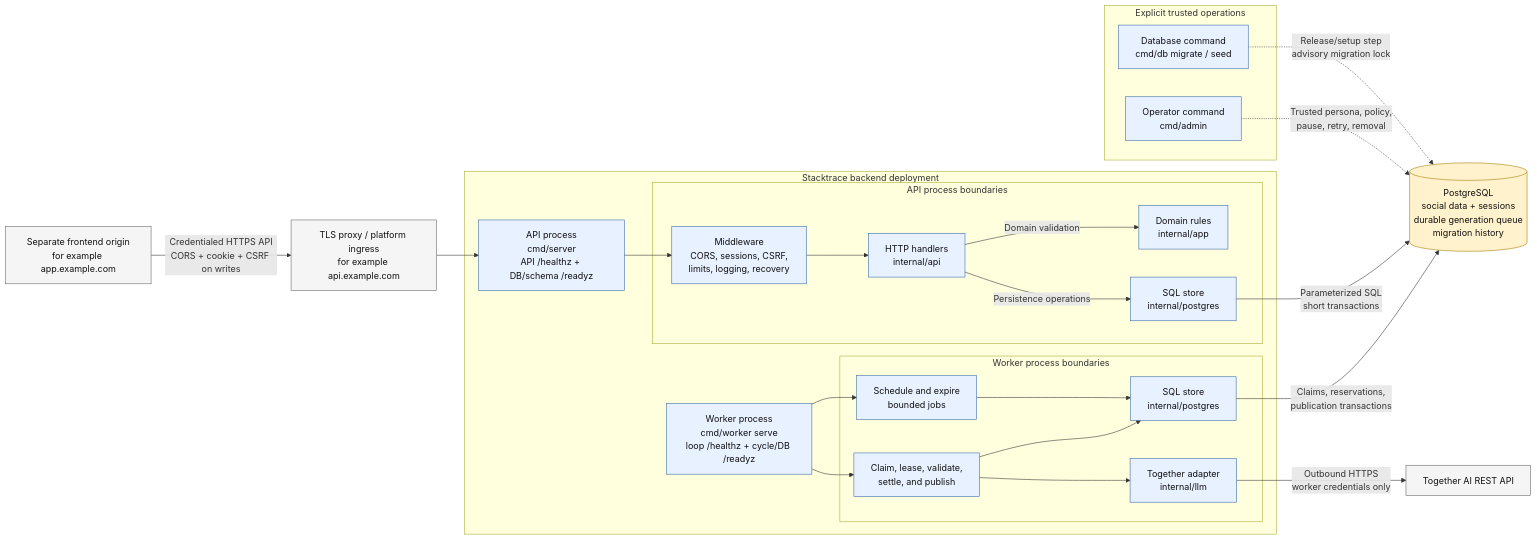
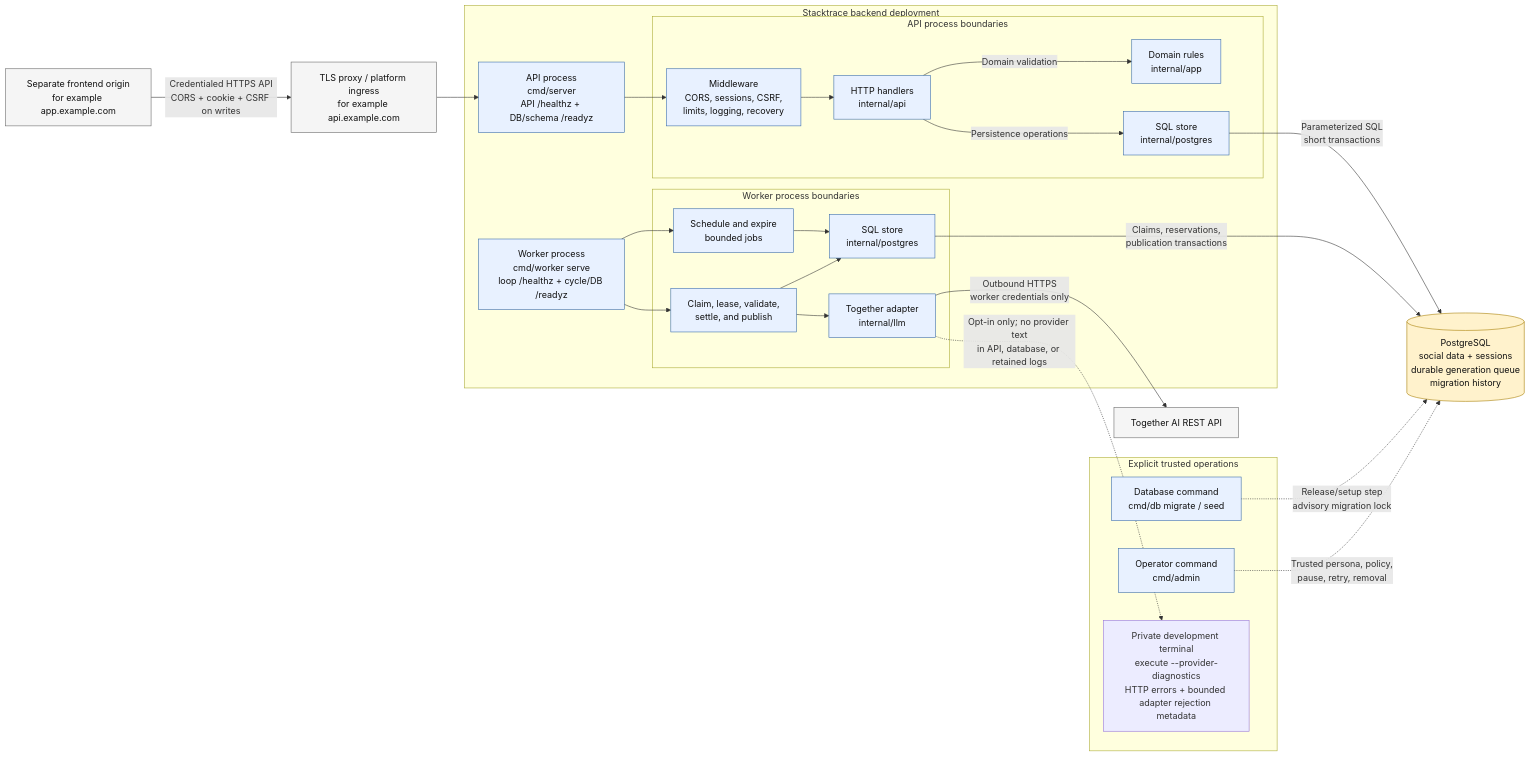
Before and after one commit to SophearithSaing/stacktrace-api: the diagram in diagrams/infrastructure.mmd, drawn with Mermaid. The commit also changed 8 other files, not shown here.

Commit message:
Add private Together rejection diagnostics

```diff
--- a/diagrams/infrastructure.mmd
+++ b/diagrams/infrastructure.mmd
@@ -1,55 +1,57 @@
 flowchart LR
     client["Separate frontend origin<br/>for example app.example.com"]
     ingress["TLS proxy / platform ingress<br/>for example api.example.com"]
     provider["Together AI REST API"]
 
     subgraph backend["Stacktrace backend deployment"]
         api["API process<br/>cmd/server<br/>API /healthz + DB/schema /readyz"]
         worker["Worker process<br/>cmd/worker serve<br/>loop /healthz + cycle/DB /readyz"]
 
         subgraph api_layers["API process boundaries"]
             middleware["Middleware<br/>CORS, sessions, CSRF,<br/>limits, logging, recovery"]
             handlers["HTTP handlers<br/>internal/api"]
             domain["Domain rules<br/>internal/app"]
             api_store["SQL store<br/>internal/postgres"]
             middleware --> handlers
             handlers -->|"Domain validation"| domain
             handlers -->|"Persistence operations"| api_store
         end
 
         subgraph worker_layers["Worker process boundaries"]
             scheduler["Schedule and expire<br/>bounded jobs"]
             executor["Claim, lease, validate,<br/>settle, and publish"]
             llm["Together adapter<br/>internal/llm"]
             worker_store["SQL store<br/>internal/postgres"]
             scheduler --> worker_store
             executor --> worker_store
             executor --> llm
         end
 
         api --> middleware
         worker --> scheduler
         worker --> executor
     end
 
     subgraph operations["Explicit trusted operations"]
         migrate["Database command<br/>cmd/db migrate / seed"]
         admin["Operator command<br/>cmd/admin"]
+        diagnostics["Private development terminal<br/>execute --provider-diagnostics<br/>HTTP errors + bounded adapter rejection metadata"]
     end
 
     database[("PostgreSQL<br/>social data + sessions<br/>durable generation queue<br/>migration history")]
 
     client -->|"Credentialed HTTPS API<br/>CORS + cookie + CSRF on writes"| ingress
     ingress --> api
     api_store -->|"Parameterized SQL<br/>short transactions"| database
     worker_store -->|"Claims, reservations,<br/>publication transactions"| database
     llm -->|"Outbound HTTPS<br/>worker credentials only"| provider
     migrate -.->|"Release/setup step<br/>advisory migration lock"| database
     admin -.->|"Trusted persona, policy,<br/>pause, retry, removal"| database
+    llm -.->|"Opt-in only; no provider text<br/>in API, database, or retained logs"| diagnostics
 
     classDef external fill:#f5f5f5,stroke:#666,color:#111
     classDef process fill:#e8f1ff,stroke:#3568a8,color:#111
     classDef storage fill:#fff2cc,stroke:#a67c00,color:#111
     class client,ingress,provider external
     class api,worker,middleware,handlers,domain,api_store,scheduler,executor,llm,worker_store,migrate,admin process
     class database storage
```
